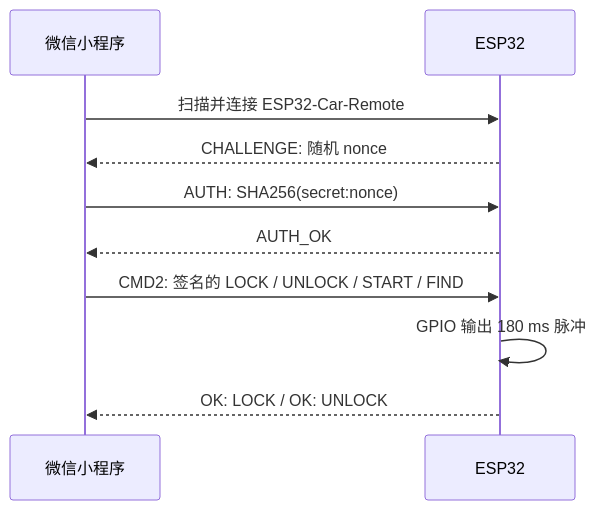
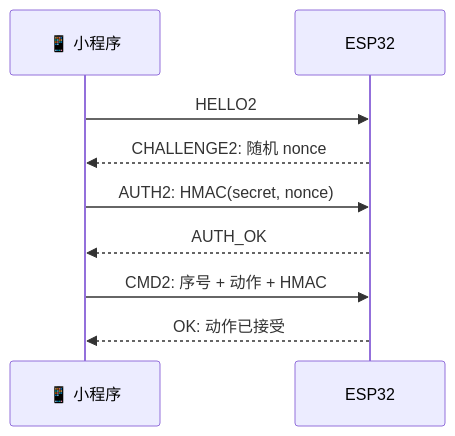
The second of 2 diagrams in README.md (zgfh/esp32-wechat-ble-remote), drawn with Mermaid before and after one commit. The commit also changed other lines of this file and 1 other file, not shown here.

````diff
--- a/README.md
+++ b/README.md
@@ -26,12 +70,11 @@
 ```mermaid
 sequenceDiagram
-  participant MP as 微信小程序
-  participant ESP as ESP32
-  MP->>ESP: 扫描并连接 ESP32-Car-Remote
-  ESP-->>MP: CHALLENGE: 随机 nonce
-  MP->>ESP: AUTH: SHA256(secret:nonce)
-  ESP-->>MP: AUTH_OK
-  MP->>ESP: CMD2: 签名的 LOCK / UNLOCK / START / FIND
-  ESP->>ESP: GPIO 输出 180 ms 脉冲
-  ESP-->>MP: OK: LOCK / OK: UNLOCK
+  participant P as 📱 小程序
+  participant E as ESP32
+  P->>E: HELLO2
+  E-->>P: CHALLENGE2: 随机 nonce
+  P->>E: AUTH2: HMAC(secret, nonce)
+  E-->>P: AUTH_OK
+  P->>E: CMD2: 序号 + 动作 + HMAC
+  E-->>P: OK: 动作已接受
 ```
````
